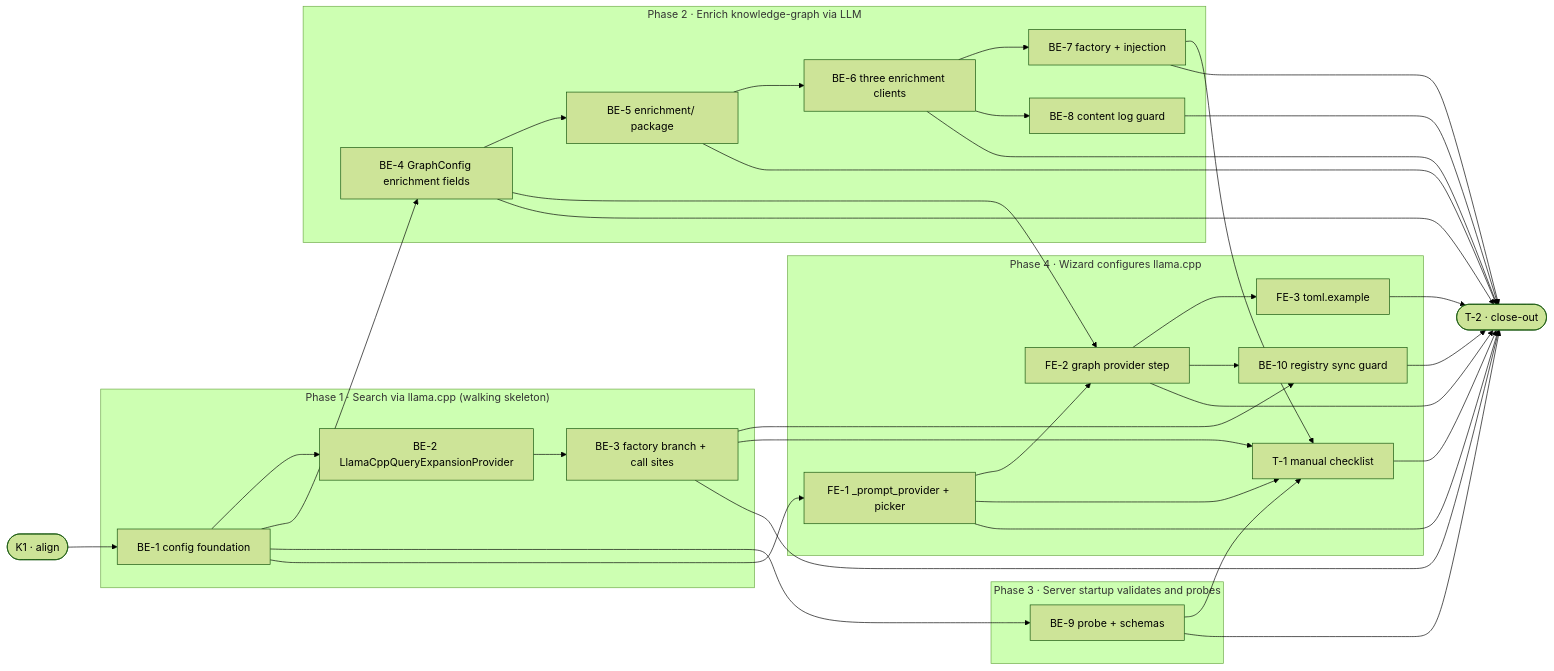
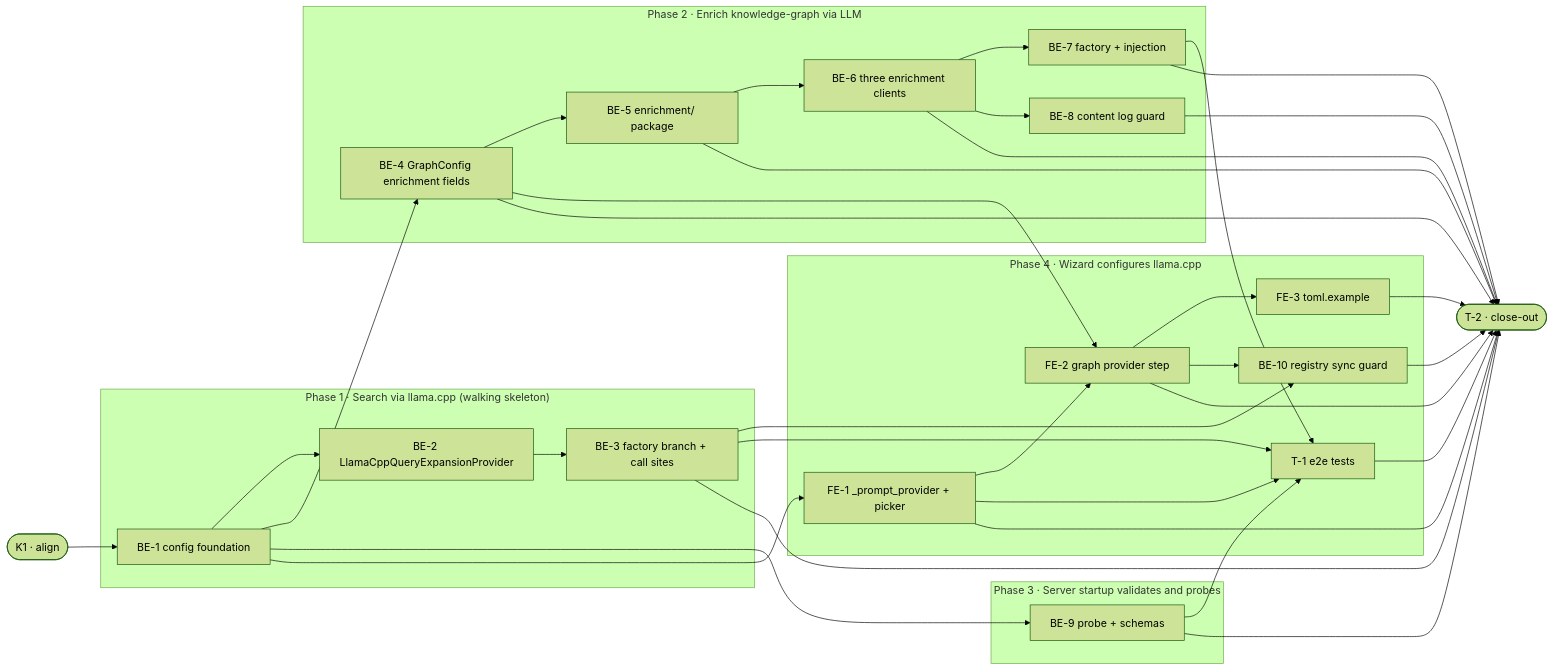
Before and after one commit to user538295/archon-search: the diagram in Documentation/Backlog/llama-cpp-local-provider-tasks.md, drawn with Mermaid (forest theme). The commit also changed other lines of this file and 10 other files, not shown here.

First line of the commit message:
feat(install): wizard prompts for llama.cpp/graph enrichment provider

````diff
--- a/Documentation/Backlog/llama-cpp-local-provider-tasks.md
+++ b/Documentation/Backlog/llama-cpp-local-provider-tasks.md
@@ -32,40 +32,40 @@
 ```mermaid
 flowchart LR
   K1([K1 · align])
   subgraph P1["Phase 1 · Search via llama.cpp (walking skeleton)"]
     BE1["BE-1 config foundation"]
     BE2["BE-2 LlamaCppQueryExpansionProvider"]
     BE3["BE-3 factory branch + call sites"]
   end
   subgraph P2["Phase 2 · Enrich knowledge-graph via LLM"]
     BE4["BE-4 GraphConfig enrichment fields"]
     BE5["BE-5 enrichment/ package"]
     BE6["BE-6 three enrichment clients"]
     BE7["BE-7 factory + injection"]
     BE8["BE-8 content log guard"]
   end
   subgraph P3["Phase 3 · Server startup validates and probes"]
     BE9["BE-9 probe + schemas"]
   end
   subgraph P4["Phase 4 · Wizard configures llama.cpp"]
     FE1["FE-1 _prompt_provider + picker"]
     FE2["FE-2 graph provider step"]
     FE3["FE-3 toml.example"]
     BE10["BE-10 registry sync guard"]
-    T1["T-1 manual checklist"]
+    T1["T-1 e2e tests"]
   end
   T2([T-2 · close-out])
 
   K1 --> BE1
   BE1 --> BE2 & BE4 & BE9 & FE1
   BE2 --> BE3
   BE4 --> BE5 & FE2
   BE5 --> BE6
   BE6 --> BE7 & BE8
   FE1 --> FE2 & T1
   BE3 --> BE10 & T1
   BE7 --> T1
   BE9 --> T1
   FE2 --> FE3 & BE10
   BE3 & BE4 & BE5 & BE6 & BE7 & BE8 & BE9 & FE1 & FE2 & FE3 & BE10 & T1 --> T2
 ```
````
